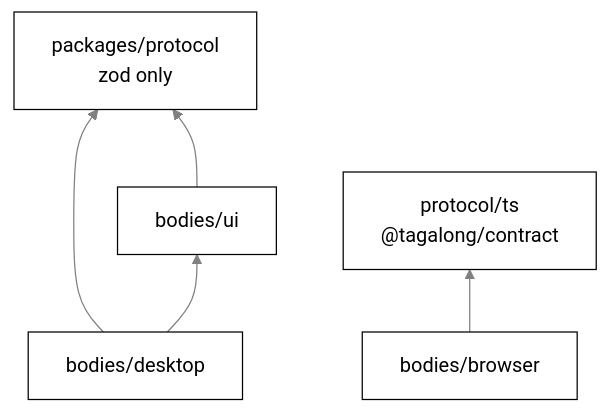
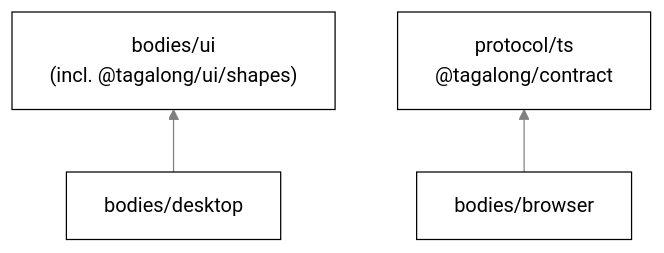
One commit to nadeem4/tagalong changed the second of 3 diagrams in docs/architecture.md. Above: the diagram before and after it, drawn with Mermaid. The commit also changed other lines of this file and 12 other files, not shown here.

Commit message:
docs: protocol package gone, shapes and desktop files documented (13d)

````diff
--- a/docs/architecture.md
+++ b/docs/architecture.md
@@ -87,13 +87,10 @@
 ```mermaid
 %%{init: {"theme": "base", "themeVariables": {"primaryColor": "#ffffff", "primaryTextColor": "#000000", "primaryBorderColor": "#000000", "lineColor": "#808080", "secondaryColor": "#f2f2f2", "tertiaryColor": "#ffffff", "clusterBkg": "#f7f7f7", "clusterBorder": "#808080", "edgeLabelBackground": "#ffffff", "titleColor": "#808080", "fontFamily": "Segoe UI, Helvetica, Arial, sans-serif"}}}%%
 flowchart BT
-  P["packages/protocol<br>zod only"]
-  U["bodies/ui"]
+  U["bodies/ui<br>(incl. @tagalong/ui/shapes)"]
   D["bodies/desktop"]
   X["bodies/browser"]
-  U --> P
-  D --> P
   D --> U
   K["protocol/ts<br>@tagalong/contract"]
   X --> K
 ```
````
